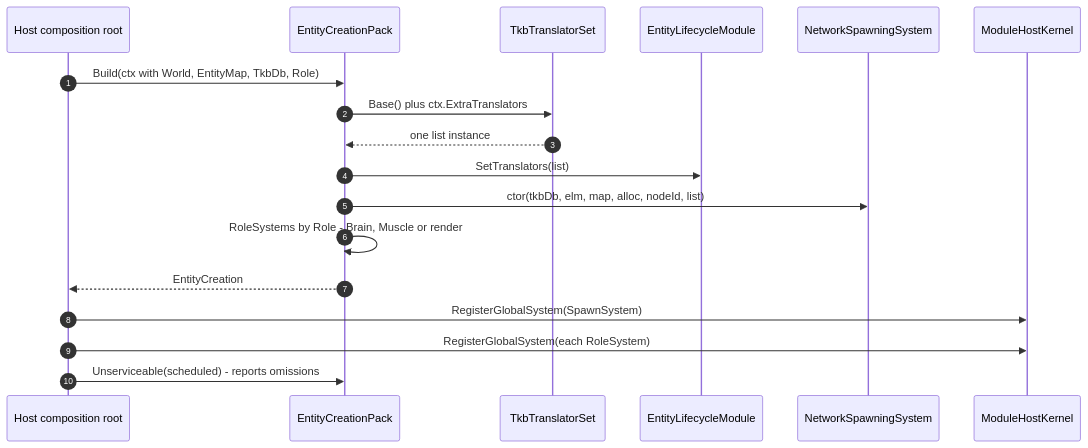
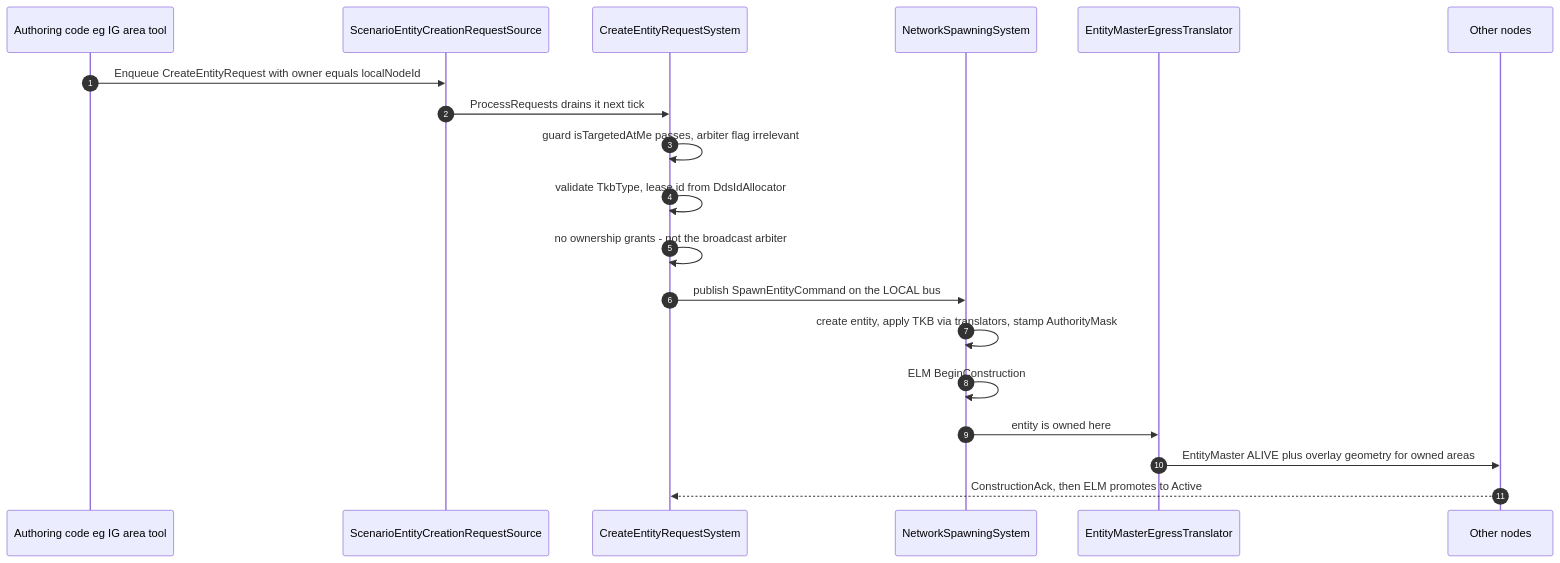
One commit to pjanec/HROT changed the second of 3 diagrams in docs/DESIGN_Entity_Creation_Unification.md. Above: the diagram before and after it, drawn with Mermaid. The commit also changed other lines of this file and 2 other files, not shown here.

First line of the commit message:
docs: distributed entity creation - the no-suppression ruling, the request tier, and the ordering hazard

````diff
--- a/docs/DESIGN_Entity_Creation_Unification.md
+++ b/docs/DESIGN_Entity_Creation_Unification.md
@@ -308,21 +406,22 @@
 ```mermaid
 sequenceDiagram
     autonumber
-    participant Host as Host composition root
-    participant Pack as EntityCreationPack
-    participant Set as TkbTranslatorSet
-    participant Elm as EntityLifecycleModule
+    participant Tool as Authoring code eg IG area tool
+    participant Local as ScenarioEntityCreationRequestSource
+    participant Req as CreateEntityRequestSystem
     participant Spawn as NetworkSpawningSystem
-    participant Kernel as ModuleHostKernel
+    participant Egress as EntityMasterEgressTranslator
+    participant Peer as Other nodes
 
-    Host->>Pack: Build(ctx with World, EntityMap, TkbDb, Role)
-    Pack->>Set: Base() plus ctx.ExtraTranslators
-    Set-->>Pack: one list instance
-    Pack->>Elm: SetTranslators(list)
-    Pack->>Spawn: ctor(tkbDb, elm, map, alloc, nodeId, list)
-    Pack->>Pack: RoleSystems by Role - Brain, Muscle or render
-    Pack-->>Host: EntityCreation
-    Host->>Kernel: RegisterGlobalSystem(SpawnSystem)
-    Host->>Kernel: RegisterGlobalSystem(each RoleSystem)
-    Host->>Pack: Unserviceable(scheduled) - reports omissions
+    Tool->>Local: Enqueue CreateEntityRequest with owner equals localNodeId
+    Local->>Req: ProcessRequests drains it next tick
+    Req->>Req: guard isTargetedAtMe passes, arbiter flag irrelevant
+    Req->>Req: validate TkbType, lease id from DdsIdAllocator
+    Req->>Req: no ownership grants - not the broadcast arbiter
+    Req->>Spawn: publish SpawnEntityCommand on the LOCAL bus
+    Spawn->>Spawn: create entity, apply TKB via translators, stamp AuthorityMask
+    Spawn->>Spawn: ELM BeginConstruction
+    Spawn->>Egress: entity is owned here
+    Egress->>Peer: EntityMaster ALIVE plus overlay geometry for owned areas
+    Peer-->>Req: ConstructionAck, then ELM promotes to Active
 ```
````
